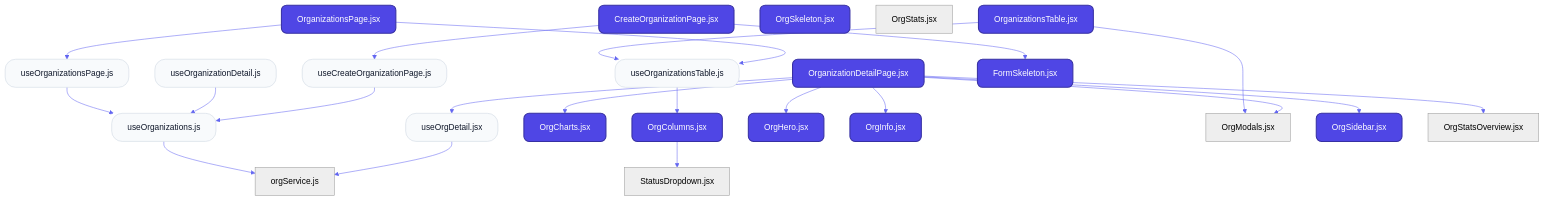
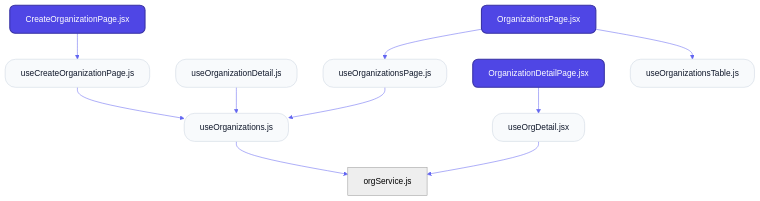
One commit to nexowebai/nexo-superadmin changed the first of 2 diagrams in src/features/organizations/README.md. Above: the diagram before and after it, drawn with Mermaid. The commit also changed other lines of this file and 142 other files, not shown here.

````diff
--- a/src/features/organizations/README.md
+++ b/src/features/organizations/README.md
@@ -12,50 +12,27 @@
 ```mermaid
 %%{init: {'theme': 'neutral', 'themeVariables': { 'fontFamily': 'Inter', 'lineColor': '#6366f1' }}}%%
 graph TD
     classDef page fill:#4f46e5,stroke:#3730a3,stroke-width:2px,color:#fff,rx:10,ry:10;
     classDef hook fill:#f8fafc,stroke:#cbd5e1,stroke-width:1px,color:#0f172a,rx:20,ry:20;
     classDef service fill:#0f172a,stroke:#000,stroke-width:2px,color:#f1f5f9,rx:5,ry:5;
 
     CreateOrganizationPagejsx["CreateOrganizationPage.jsx"]:::page
     OrganizationDetailPagejsx["OrganizationDetailPage.jsx"]:::page
     OrganizationsPagejsx["OrganizationsPage.jsx"]:::page
     useCreateOrganizationPagejs["useCreateOrganizationPage.js"]:::hook
-    useOrgDetailjsx["useOrgDetail.jsx"]:::hook
     useOrganizationDetailjs["useOrganizationDetail.js"]:::hook
     useOrganizationsjs["useOrganizations.js"]:::hook
     useOrganizationsPagejs["useOrganizationsPage.js"]:::hook
     useOrganizationsTablejs["useOrganizationsTable.js"]:::hook
+    useOrgDetailjsx["useOrgDetail.jsx"]:::hook
     orgServicejs["orgService.js"]
-    FormSkeletonjsx["FormSkeleton.jsx"]:::page
-    OrgChartsjsx["OrgCharts.jsx"]:::page
-    OrgColumnsjsx["OrgColumns.jsx"]:::page
-    OrgHerojsx["OrgHero.jsx"]:::page
-    OrgInfojsx["OrgInfo.jsx"]:::page
-    OrgModalsjsx["OrgModals.jsx"]
-    OrgSidebarjsx["OrgSidebar.jsx"]:::page
-    OrgSkeletonjsx["OrgSkeleton.jsx"]:::page
-    OrgStatsjsx["OrgStats.jsx"]
-    OrgStatsOverviewjsx["OrgStatsOverview.jsx"]
-    OrganizationsTablejsx["OrganizationsTable.jsx"]:::page
-    StatusDropdownjsx["StatusDropdown.jsx"]
     CreateOrganizationPagejsx --> useCreateOrganizationPagejs
-    CreateOrganizationPagejsx --> FormSkeletonjsx
-    OrganizationDetailPagejsx --> OrgHerojsx
-    OrganizationDetailPagejsx --> OrgInfojsx
-    OrganizationDetailPagejsx --> OrgSidebarjsx
-    OrganizationDetailPagejsx --> OrgChartsjsx
-    OrganizationDetailPagejsx --> OrgStatsOverviewjsx
-    OrganizationDetailPagejsx --> OrgModalsjsx
     OrganizationDetailPagejsx --> useOrgDetailjsx
     OrganizationsPagejsx --> useOrganizationsTablejs
     OrganizationsPagejsx --> useOrganizationsPagejs
     useCreateOrganizationPagejs --> useOrganizationsjs
-    useOrgDetailjsx --> orgServicejs
     useOrganizationDetailjs --> useOrganizationsjs
     useOrganizationsjs --> orgServicejs
     useOrganizationsPagejs --> useOrganizationsjs
-    useOrganizationsTablejs --> OrgColumnsjsx
-    OrgColumnsjsx --> StatusDropdownjsx
-    OrganizationsTablejsx --> OrgModalsjsx
-    OrganizationsTablejsx --> useOrganizationsTablejs
+    useOrgDetailjsx --> orgServicejs
 ```
````
